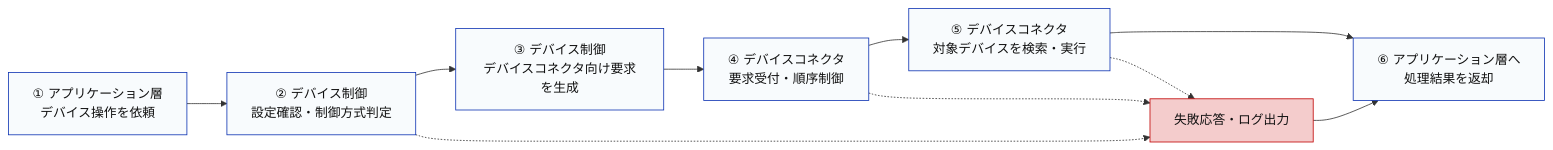
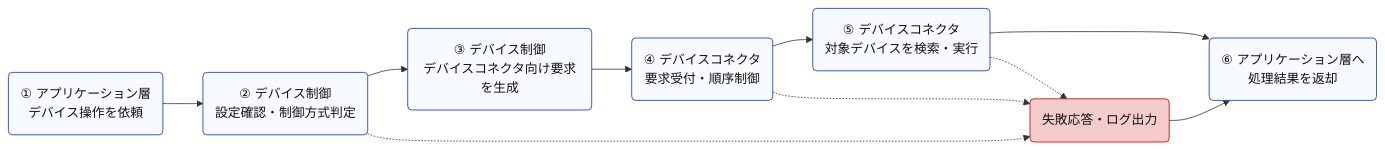
The second of 3 diagrams in artifacts/reports/architecture/ARCH-HOST-01_タブレットPOS_デバイスコネクタ基本設計書/ARCH-HOST-01_タブレットPOS_デバイスコネクタ基本設計書.md (vti-sam/smj-ks-pos-stored), drawn with Mermaid before and after one commit. The commit also changed other lines of this file and 1 other file, not shown here.

````diff
--- a/artifacts/reports/architecture/ARCH-HOST-01_タブレットPOS_デバイスコネクタ基本設計書/ARCH-HOST-01_タブレットPOS_デバイスコネクタ基本設計書.md
+++ b/artifacts/reports/architecture/ARCH-HOST-01_タブレットPOS_デバイスコネクタ基本設計書/ARCH-HOST-01_タブレットPOS_デバイスコネクタ基本設計書.md
@@ -302,21 +309,21 @@
 ```mermaid
 flowchart LR
-    App["① アプリケーション層<br/>デバイス操作を依頼"]
-    Ctrl["② デバイス制御<br/>設定確認・制御方式判定"]
-    Request["③ デバイス制御<br/>デバイスコネクタ向け要求を生成"]
-    Host["④ デバイスコネクタ<br/>要求受付・順序制御"]
-    Execute["⑤ デバイスコネクタ<br/>対象デバイスを検索・実行"]
-    Response["⑥ アプリケーション層へ<br/>処理結果を返却"]
-    Error["失敗応答・ログ出力"]
+    App("① アプリケーション層<br/>デバイス操作を依頼")
+    Ctrl("② デバイス制御<br/>設定確認・制御方式判定")
+    Request("③ デバイス制御<br/>デバイスコネクタ向け要求を生成")
+    Host("④ デバイスコネクタ<br/>要求受付・順序制御")
+    Execute("⑤ デバイスコネクタ<br/>対象デバイスを検索・実行")
+    Response("⑥ アプリケーション層へ<br/>処理結果を返却")
+    Error("失敗応答・ログ出力")
 
     App --> Ctrl --> Request --> Host --> Execute --> Response
     Ctrl -.-> Error
     Host -.-> Error
     Execute -.-> Error
     Error --> Response
 
     classDef normal fill:#F8FBFD,stroke:#0D32B2,color:#111111
     classDef error fill:#F4CCCC,stroke:#C00000,color:#111111
     class App,Ctrl,Request,Host,Execute,Response normal
     class Error error
 ```
````
